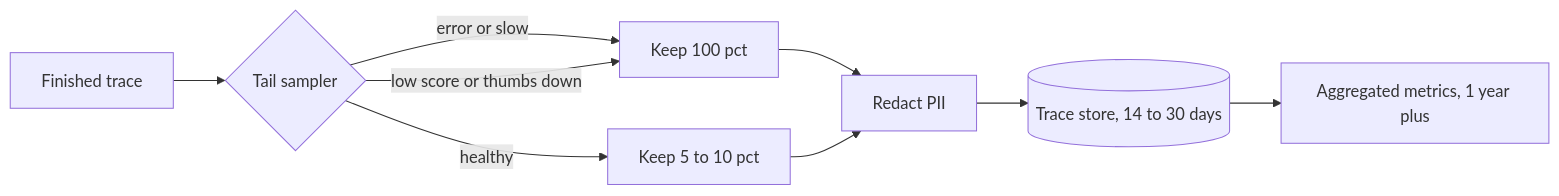
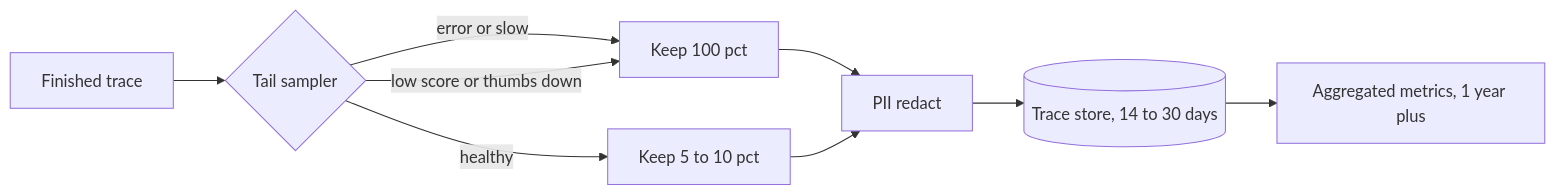
The seventh of 7 diagrams in content-en/11-agentic/10-agent-observability.md (flow6979/viewinter), drawn with Mermaid before and after one commit. The commit also changed other lines of this file and 26 other files, not shown here.

First line of the commit message:
Agentic AI: rewrite all 13 pages to explain from scratch; animate diagrams on every article

````diff
--- a/content-en/11-agentic/10-agent-observability.md
+++ b/content-en/11-agentic/10-agent-observability.md
@@ -331,11 +580,11 @@
 ```mermaid
 flowchart LR
     R["Finished trace"] --> D{"Tail sampler"}
     D -->|error or slow| K["Keep 100 pct"]
     D -->|low score or thumbs down| K
     D -->|healthy| S["Keep 5 to 10 pct"]
-    K --> RD["Redact PII"]
+    K --> RD["PII redact"]
     S --> RD
     RD --> ST[("Trace store, 14 to 30 days")]
     ST --> AG["Aggregated metrics, 1 year plus"]
 ```
````
